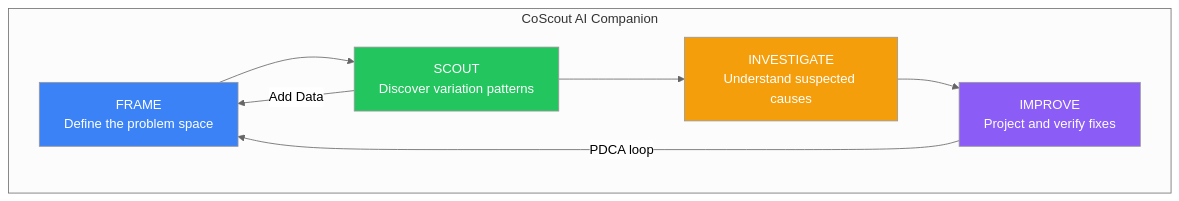
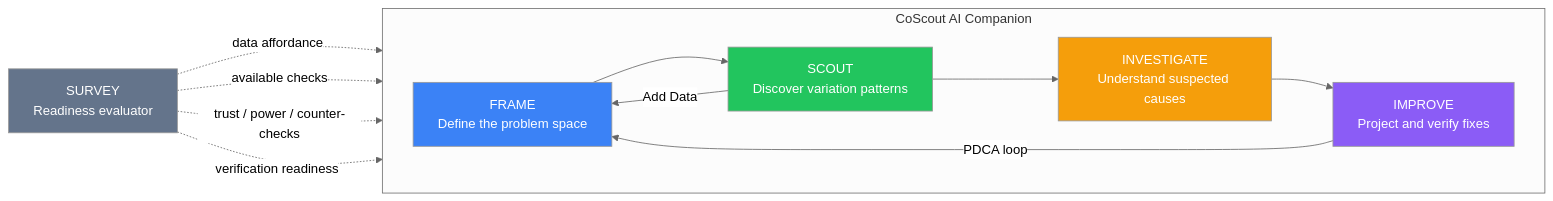
The first of 8 diagrams in docs/03-features/workflows/analysis-journey-map.md (jukka-matti/variscout), drawn with Mermaid (neutral theme) before and after one commit. The commit also changed other lines of this file and 15 other files, not shown here.

Commit message:
Add unified process hub methodology roadmap

````diff
--- a/docs/03-features/workflows/analysis-journey-map.md
+++ b/docs/03-features/workflows/analysis-journey-map.md
@@ -18,21 +18,29 @@
 ```mermaid
 flowchart LR
     subgraph CoScout["CoScout AI Companion"]
         direction LR
         F["FRAME\nDefine the problem space"]
         S["SCOUT\nDiscover variation patterns"]
         I["INVESTIGATE\nUnderstand suspected causes"]
         IM["IMPROVE\nProject and verify fixes"]
     end
 
+    SURVEY["SURVEY\nReadiness evaluator"]
+
     F --> S
     S --> I
     I --> IM
     IM -- "PDCA loop" --> F
     S -- "Add Data" --> F
 
+    SURVEY -. "data affordance" .-> F
+    SURVEY -. "available checks" .-> S
+    SURVEY -. "trust / power / counter-checks" .-> I
+    SURVEY -. "verification readiness" .-> IM
+
     style F fill:#3b82f6,color:#fff
     style S fill:#22c55e,color:#fff
     style I fill:#f59e0b,color:#fff
     style IM fill:#8b5cf6,color:#fff
+    style SURVEY fill:#64748b,color:#fff
 ```
````
